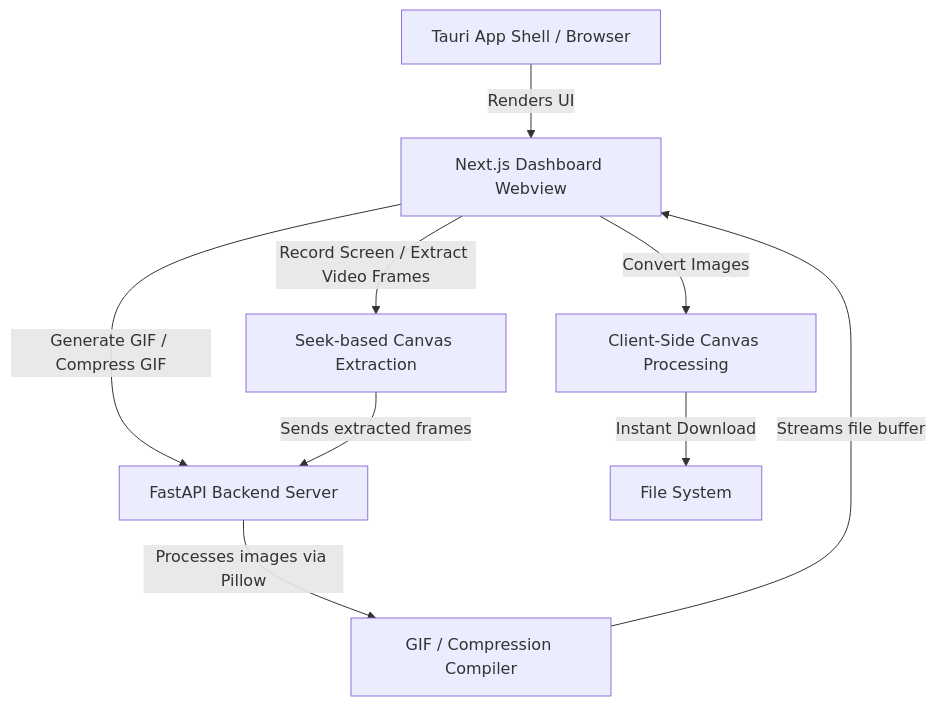
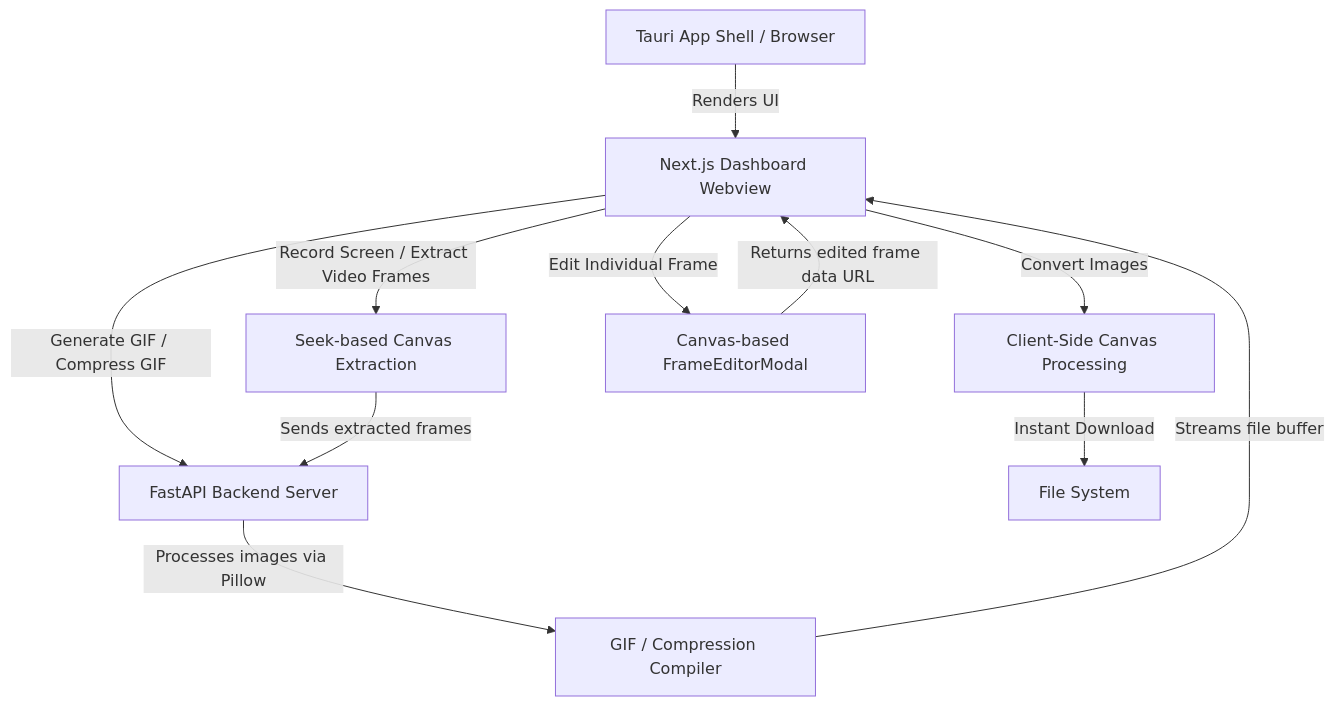
One commit to JordanCJ7/GIF-Generator changed the diagram in TECHNICAL_README.md. Above: the diagram before and after it, drawn with Mermaid. The commit also changed other lines of this file, not shown here.

First line of the commit message:
docs: Document frame editor and GIF timing support

````diff
--- a/TECHNICAL_README.md
+++ b/TECHNICAL_README.md
@@ -11,11 +11,13 @@
 ```mermaid
 graph TD
     A[Tauri App Shell / Browser] -->|Renders UI| B[Next.js Dashboard Webview]
     B -->|Convert Images| C1[Client-Side Canvas Processing]
     B -->|Record Screen / Extract Video Frames| C2[Seek-based Canvas Extraction]
+    B -->|Edit Individual Frame| FE[Canvas-based FrameEditorModal]
     B -->|Generate GIF / Compress GIF| C3[FastAPI Backend Server]
+    FE -->|Returns edited frame data URL| B
     C3 -->|Processes images via Pillow| D[GIF / Compression Compiler]
     C1 -->|Instant Download| E[File System]
     C2 -->|Sends extracted frames| C3
     D -->|Streams file buffer| B
 ```
````
